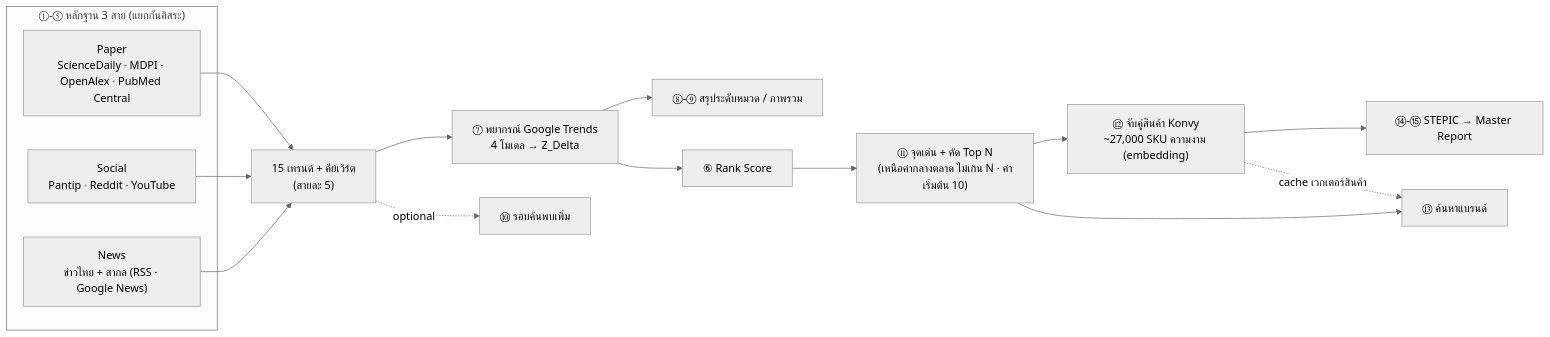
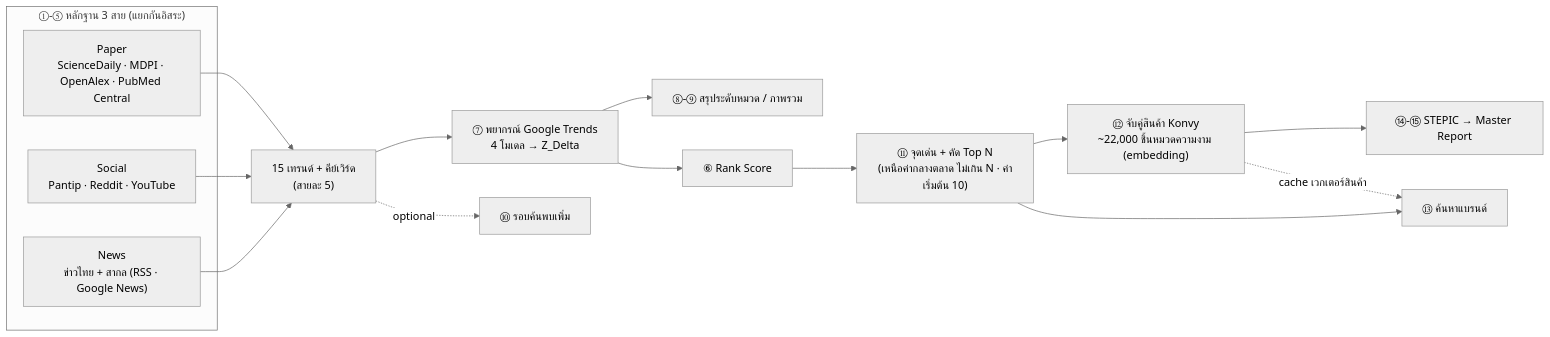
The diagram in README.md (keingkrai/Trend_analysis), drawn with Mermaid (neutral theme) before and after one commit. The commit also changed other lines of this file, not shown here.

````diff
--- a/README.md
+++ b/README.md
@@ -33,20 +33,20 @@
 ```mermaid
 flowchart LR
     subgraph S["①-⑤ หลักฐาน 3 สาย (แยกกันอิสระ)"]
         P["Paper<br/>ScienceDaily · MDPI · OpenAlex · PubMed Central"]
         SO["Social<br/>Pantip · Reddit · YouTube"]
         N["News<br/>ข่าวไทย + สากล (RSS · Google News)"]
     end
     P --> K
     SO --> K
     N --> K
     K["15 เทรนด์ + คีย์เวิร์ด<br/>(สายละ 5)"] --> F["⑦ พยากรณ์ Google Trends<br/>4 โมเดล → Z_Delta"]
     F --> AG["⑧-⑨ สรุประดับหมวด / ภาพรวม"]
     F --> R["⑥ Rank Score"]
     R --> H["⑪ จุดเด่น + คัด Top N<br/>(เหนือค่ากลางตลาด ไม่เกิน N · ค่าเริ่มต้น 10)"]
-    H --> M["⑫ จับคู่สินค้า Konvy<br/>~27,000 SKU ความงาม (embedding)"]
+    H --> M["⑫ จับคู่สินค้า Konvy<br/>~22,000 ชิ้นหมวดความงาม (embedding)"]
     M --> REP["⑭-⑮ STEPIC → Master Report"]
     H --> B["⑬ ค้นหาแบรนด์"]
     M -. "cache เวกเตอร์สินค้า" .-> B
     K -. "optional" .-> D["⑩ รอบค้นพบเพิ่ม"]
 ```
````
